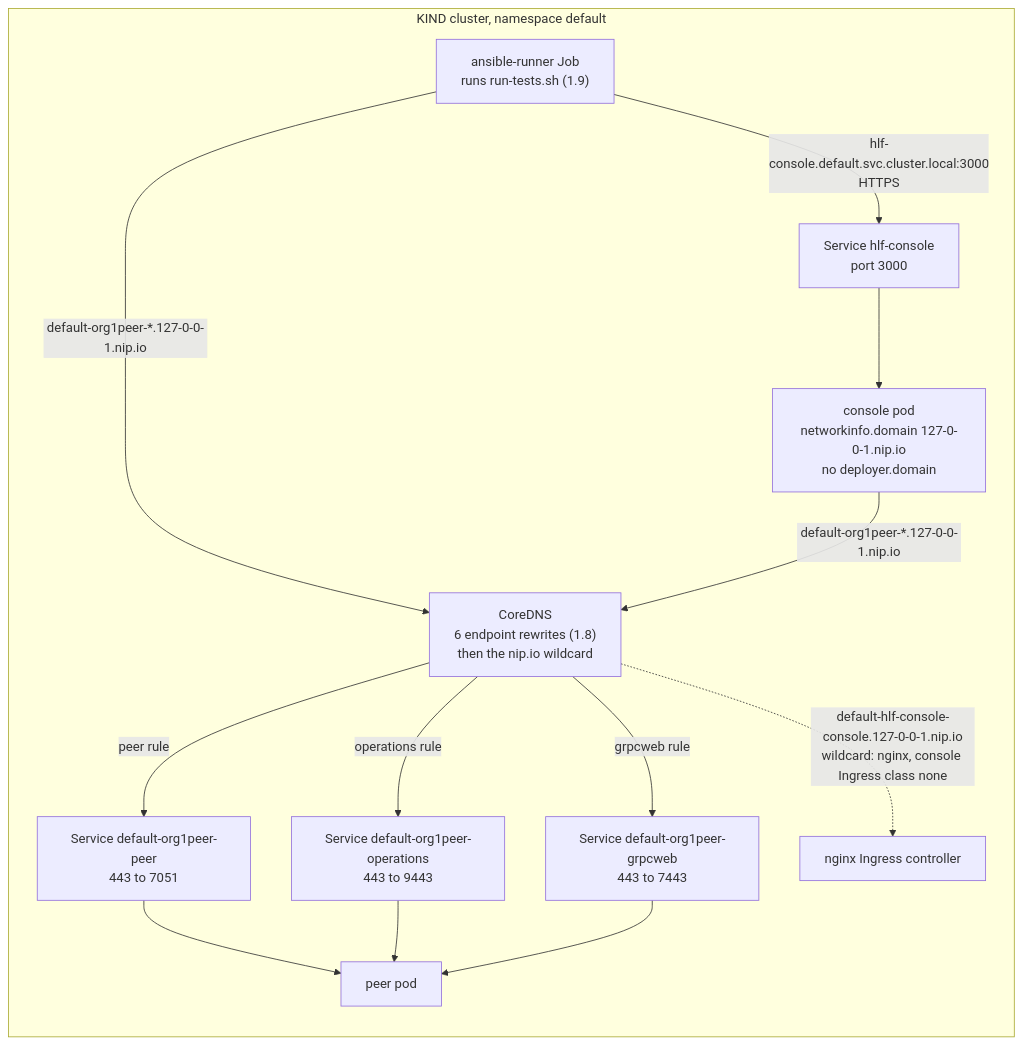
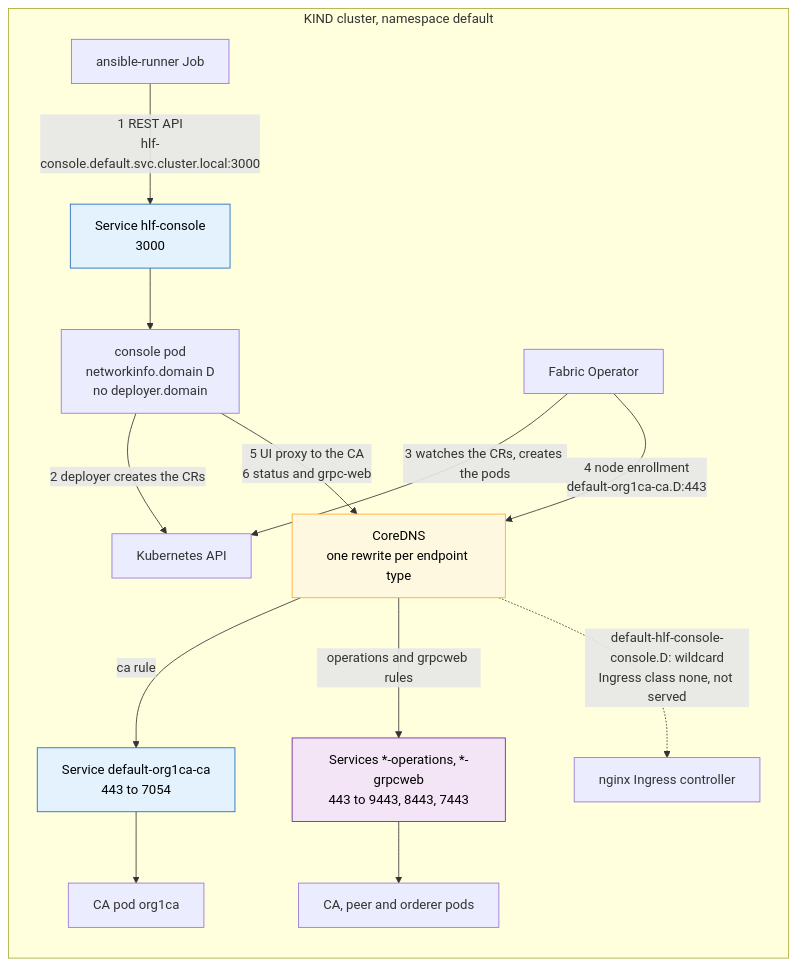
Before and after one commit to AndyGuerin-IBM/fabric-ansible-collection: the ninth of 12 diagrams in plan/move-ingress/SCENARIOS-MERMAID.md, drawn with Mermaid. The commit also changed other lines of this file and 3 other files, not shown here.

````diff
--- a/plan/move-ingress/SCENARIOS-MERMAID.md
+++ b/plan/move-ingress/SCENARIOS-MERMAID.md
@@ -70,24 +360,33 @@
 ```mermaid
 flowchart LR
-  subgraph kind["KIND cluster, namespace default"]
-    job["ansible-runner Job<br/>runs run-tests.sh (1.9)"]
-    svcC["Service hlf-console<br/>port 3000"]
-    console["console pod<br/>networkinfo.domain 127-0-0-1.nip.io<br/>no deployer.domain"]
-    dns["CoreDNS<br/>6 endpoint rewrites (1.8)<br/>then the nip.io wildcard"]
-    sP["Service default-org1peer-peer<br/>443 to 7051"]
-    sO["Service default-org1peer-operations<br/>443 to 9443"]
-    sW["Service default-org1peer-grpcweb<br/>443 to 7443"]
-    peer["peer pod"]
+  subgraph k8s["KIND cluster, namespace default"]
+    job["ansible-runner Job"]
+    svcC["Service hlf-console<br/>3000"]
+    console["console pod<br/>networkinfo.domain D<br/>no deployer.domain"]
+    api["Kubernetes API"]
+    op["Fabric Operator"]
+    dns["CoreDNS<br/>one rewrite per endpoint type"]
+    sCA["Service default-org1ca-ca<br/>443 to 7054"]
+    ca["CA pod org1ca"]
+    sOps["Services *-operations, *-grpcweb<br/>443 to 9443, 8443, 7443"]
+    nodes["CA, peer and orderer pods"]
     nginx["nginx Ingress controller"]
   end
-  job -->|"hlf-console.default.svc.cluster.local:3000<br/>HTTPS"| svcC --> console
-  job -->|"default-org1peer-*.127-0-0-1.nip.io"| dns
-  console -->|"default-org1peer-*.127-0-0-1.nip.io"| dns
-  dns -->|"peer rule"| sP
-  dns -->|"operations rule"| sO
-  dns -->|"grpcweb rule"| sW
-  sP --> peer
-  sO --> peer
-  sW --> peer
-  dns -.->|"default-hlf-console-console.127-0-0-1.nip.io<br/>wildcard: nginx, console Ingress class none"| nginx
+  job -->|"1 REST API<br/>hlf-console.default.svc.cluster.local:3000"| svcC
+  svcC --> console
+  console -->|"2 deployer creates the CRs"| api
+  op -->|"3 watches the CRs, creates the pods"| api
+  op -->|"4 node enrollment<br/>default-org1ca-ca.D:443"| dns
+  console -->|"5 UI proxy to the CA<br/>6 status and grpc-web"| dns
+  dns -->|"ca rule"| sCA
+  sCA --> ca
+  dns -->|"operations and grpcweb rules"| sOps
+  sOps --> nodes
+  dns -.->|"default-hlf-console-console.D: wildcard<br/>Ingress class none, not served"| nginx
+  classDef blue fill:#e3f2fd,stroke:#1565c0,color:#000
+  classDef purple fill:#f3e5f5,stroke:#6a1b9a,color:#000
+  classDef yellow fill:#fff8e1,stroke:#f9a825,color:#000
+  class svcC,sCA blue
+  class sOps purple
+  class dns yellow
 ```
````
